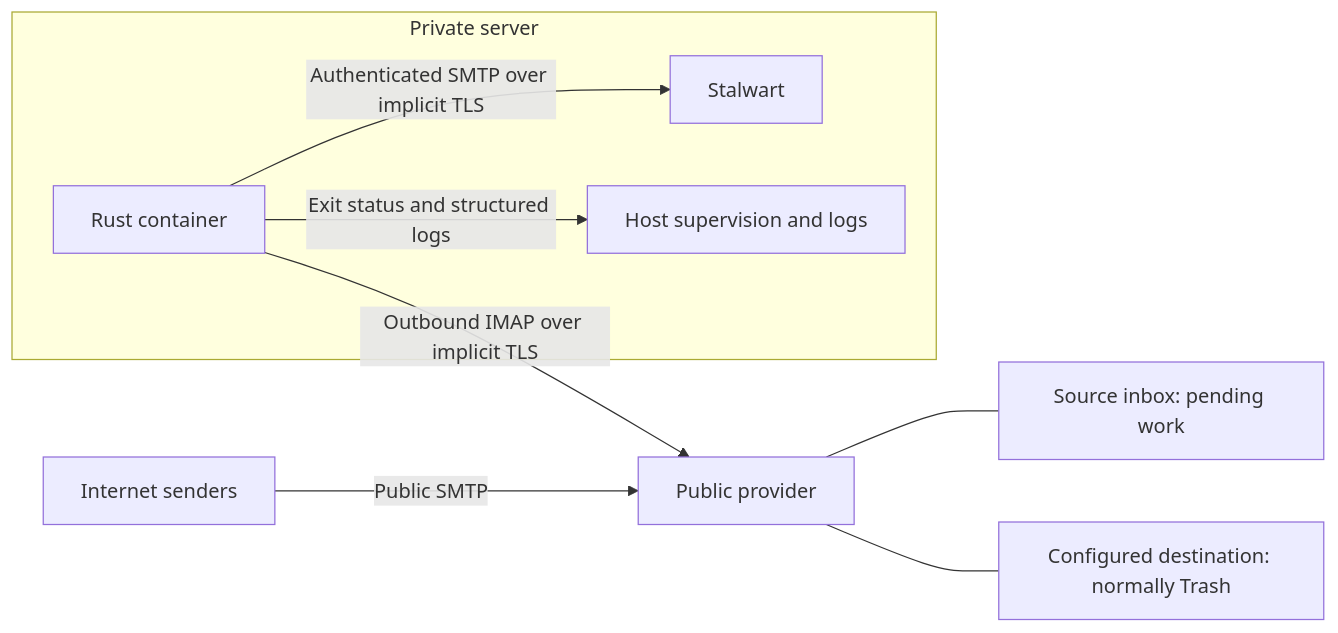
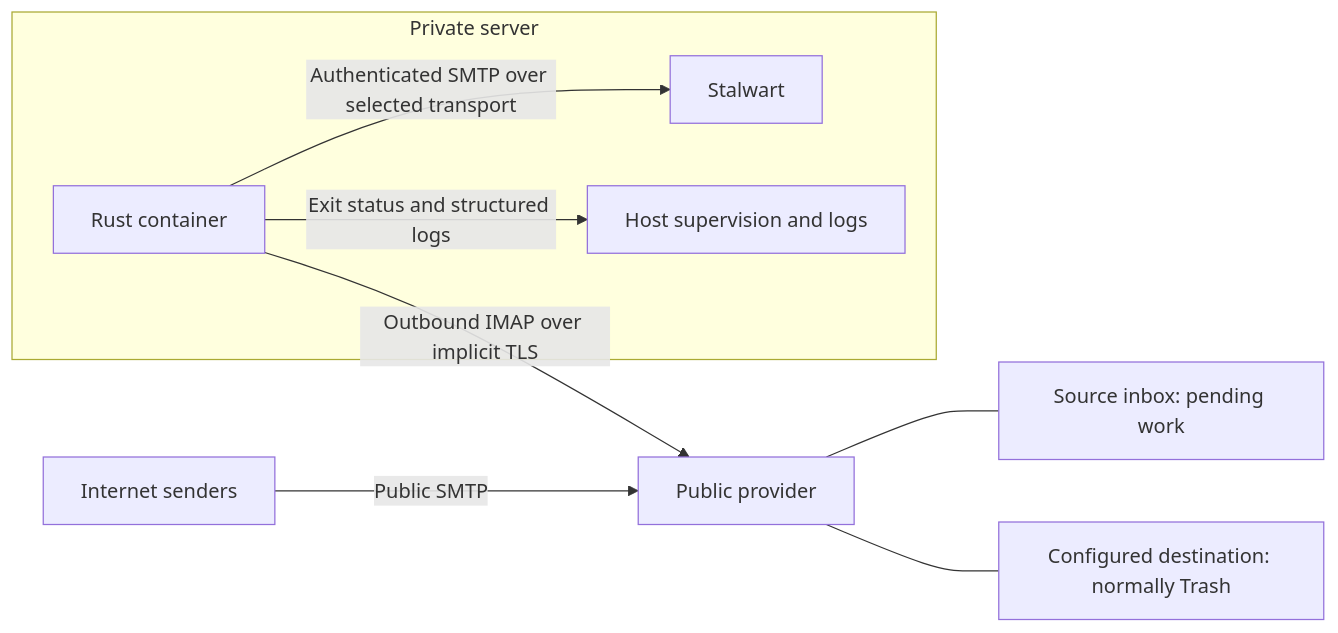
The first of 2 diagrams in design/architecture.md (paulstaab/email-ingestor), drawn with Mermaid before and after one commit. The commit also changed other lines of this file and 17 other files, not shown here.

First line of the commit message:
feat(smtp): implement authenticated plaintext loopback transport (#3)

````diff
--- a/design/architecture.md
+++ b/design/architecture.md
@@ -11,14 +11,14 @@
 ```mermaid
 flowchart LR
     Internet[Internet senders] -->|Public SMTP| Provider[Public provider]
     Provider --- Source[Source inbox: pending work]
     Provider --- Target[Configured destination: normally Trash]
     subgraph Private[Private server]
         Ingestor[Rust container]
         Stalwart[Stalwart]
         Supervisor[Host supervision and logs]
-        Ingestor -->|Authenticated SMTP over implicit TLS| Stalwart
+        Ingestor -->|Authenticated SMTP over selected transport| Stalwart
         Ingestor -->|Exit status and structured logs| Supervisor
     end
     Ingestor -->|Outbound IMAP over implicit TLS| Provider
 ```
````
